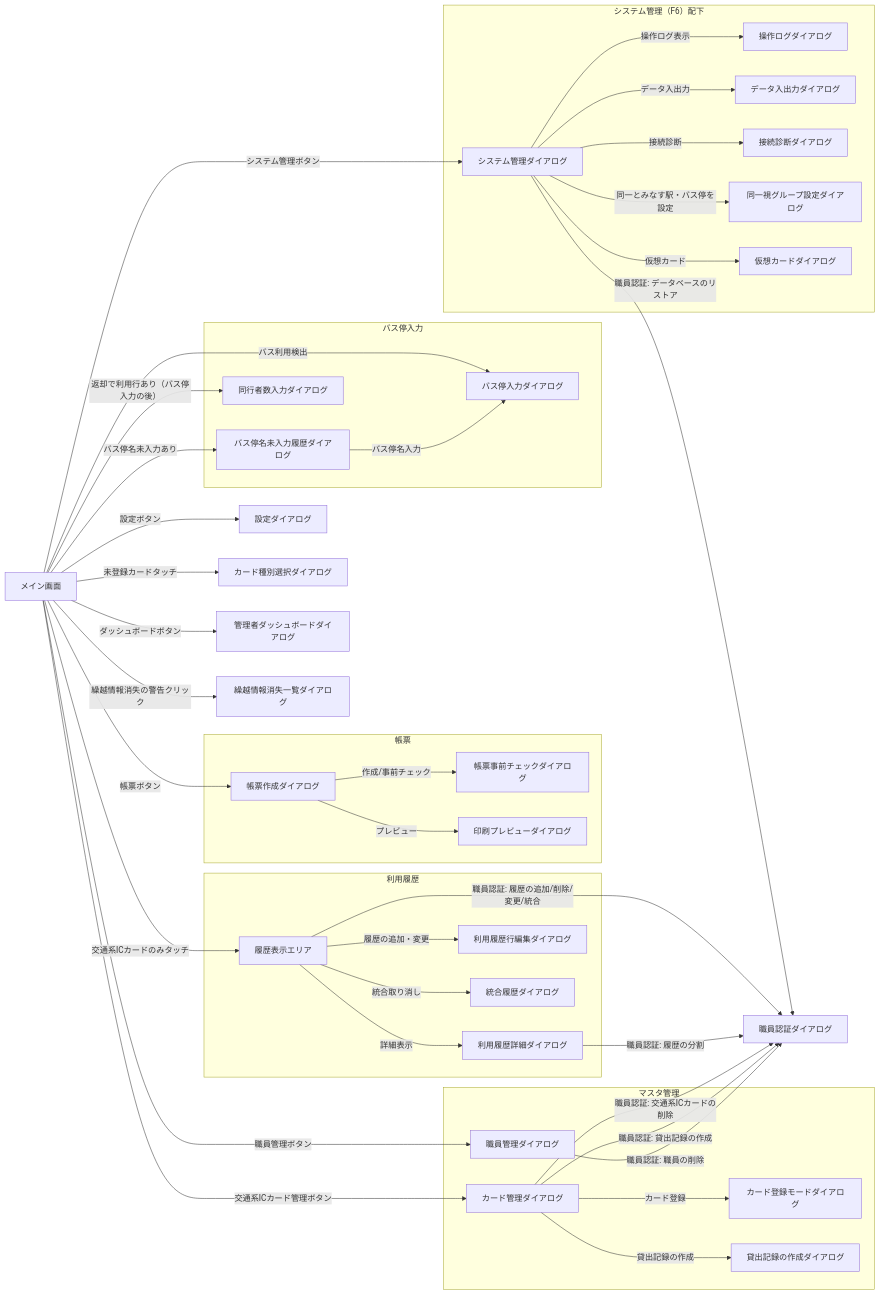
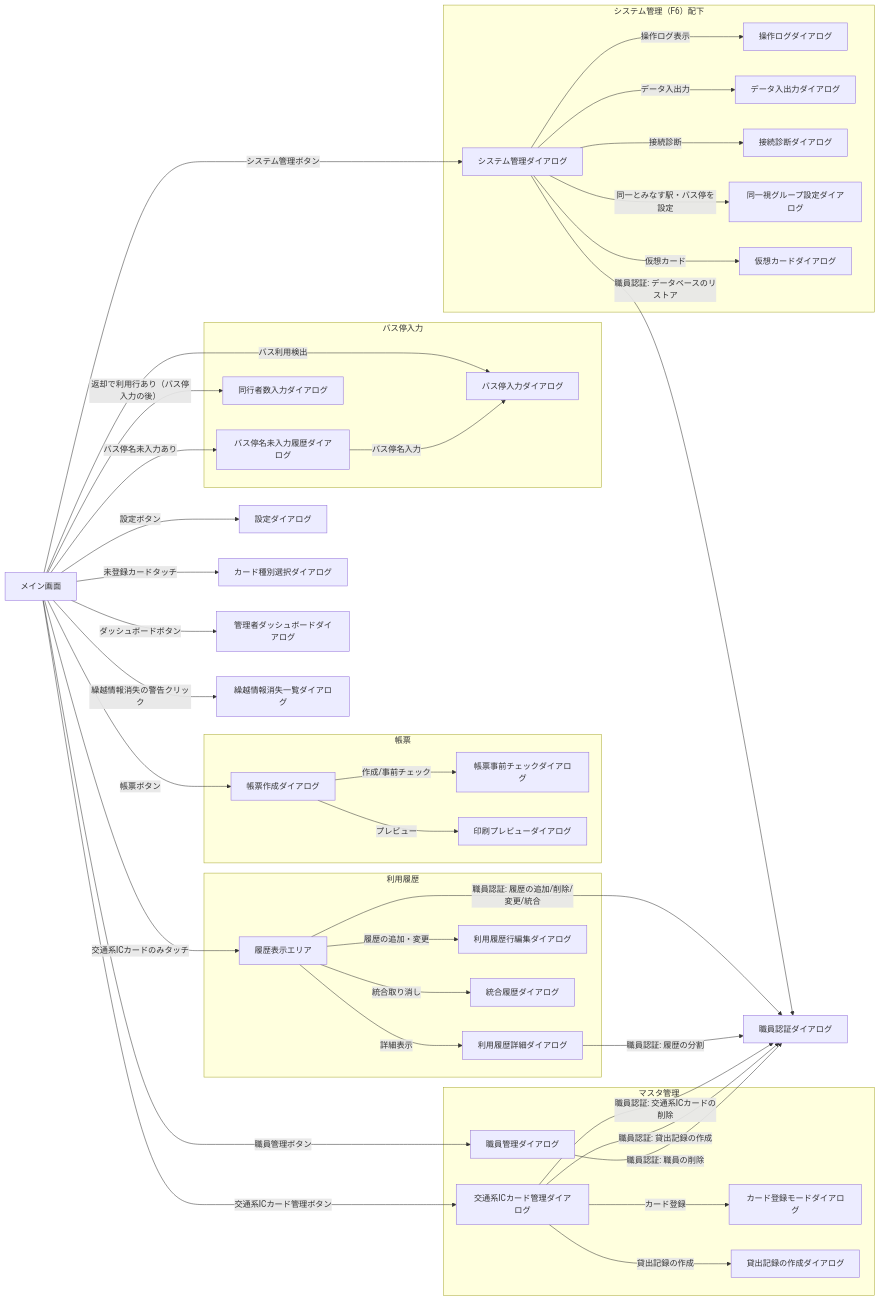
Before and after one commit to kuwayamamasayuki/ICCardManager: the first of 2 diagrams in ICCardManager/docs/design/03_画面設計書.md, drawn with Mermaid. The commit also changed other lines of this file and 10 other files, not shown here.

````diff
--- a/ICCardManager/docs/design/03_画面設計書.md
+++ b/ICCardManager/docs/design/03_画面設計書.md
@@ -18,79 +18,79 @@
 ```mermaid
 graph LR
     MAIN[メイン画面]
     SETTINGS[設定ダイアログ]
     CARDTYPE[カード種別選択ダイアログ]
     STAFFAUTH[職員認証ダイアログ]
     ADMINDASH[管理者ダッシュボードダイアログ]
 
     subgraph SG_MASTER[マスタ管理]
         STAFF[職員管理ダイアログ]
-        CARD[カード管理ダイアログ]
+        CARD[交通系ICカード管理ダイアログ]
         CARDREGMODE[カード登録モードダイアログ]
         SYSLEND[貸出記録の作成ダイアログ]
     end
 
     subgraph SG_HISTORY[利用履歴]
         HISTORY[履歴表示エリア]
         LEDGERDETAIL[利用履歴詳細ダイアログ]
         LEDGERROWEDIT[利用履歴行編集ダイアログ]
         MERGEHIST[統合履歴ダイアログ]
     end
 
     subgraph SG_REPORT[帳票]
         REPORT[帳票作成ダイアログ]
         PREFLIGHT[帳票事前チェックダイアログ]
         PREVIEW[印刷プレビューダイアログ]
     end
 
     subgraph SG_BUSSTOP[バス停入力]
         BUSSTOP[バス停入力ダイアログ]
         INCBUSSTOP[バス停名未入力履歴ダイアログ]
         COMPANION[同行者数入力ダイアログ]
     end
 
     CARRYLOSS[繰越情報消失一覧ダイアログ]
 
     subgraph SG_SYSTEM[システム管理（F6）配下]
         SYSMGMT[システム管理ダイアログ]
         OPLOG[操作ログダイアログ]
         DATAEXIMP[データ入出力ダイアログ]
         DIAG[接続診断ダイアログ]
         TSGROUP[同一視グループ設定ダイアログ]
         VIRTUALCARD[仮想カードダイアログ]
     end
 
     MAIN -->|職員管理ボタン| STAFF
     MAIN -->|交通系ICカード管理ボタン| CARD
     MAIN -->|設定ボタン| SETTINGS
     MAIN -->|帳票ボタン| REPORT
     MAIN -->|システム管理ボタン| SYSMGMT
     MAIN -->|ダッシュボードボタン| ADMINDASH
     MAIN -->|交通系ICカードのみタッチ| HISTORY
     MAIN -->|バス利用検出| BUSSTOP
     MAIN -->|返却で利用行あり（バス停入力の後）| COMPANION
     MAIN -->|未登録カードタッチ| CARDTYPE
     MAIN -->|バス停名未入力あり| INCBUSSTOP
     MAIN -->|繰越情報消失の警告クリック| CARRYLOSS
 
     CARD -->|カード登録| CARDREGMODE
     CARD -->|貸出記録の作成| SYSLEND
     HISTORY -->|詳細表示| LEDGERDETAIL
     HISTORY -->|履歴の追加・変更| LEDGERROWEDIT
     HISTORY -->|統合取り消し| MERGEHIST
     REPORT -->|作成/事前チェック| PREFLIGHT
     REPORT -->|プレビュー| PREVIEW
     INCBUSSTOP -->|バス停名入力| BUSSTOP
     SYSMGMT -->|操作ログ表示| OPLOG
     SYSMGMT -->|データ入出力| DATAEXIMP
     SYSMGMT -->|接続診断| DIAG
     SYSMGMT -->|同一とみなす駅・バス停を設定| TSGROUP
     SYSMGMT -->|仮想カード| VIRTUALCARD
 
     CARD -->|職員認証: 交通系ICカードの削除| STAFFAUTH
     CARD -->|職員認証: 貸出記録の作成| STAFFAUTH
     STAFF -->|職員認証: 職員の削除| STAFFAUTH
     HISTORY -->|職員認証: 履歴の追加/削除/変更/統合| STAFFAUTH
     LEDGERDETAIL -->|職員認証: 履歴の分割| STAFFAUTH
     SYSMGMT -->|職員認証: データベースのリストア| STAFFAUTH
 ```
````
